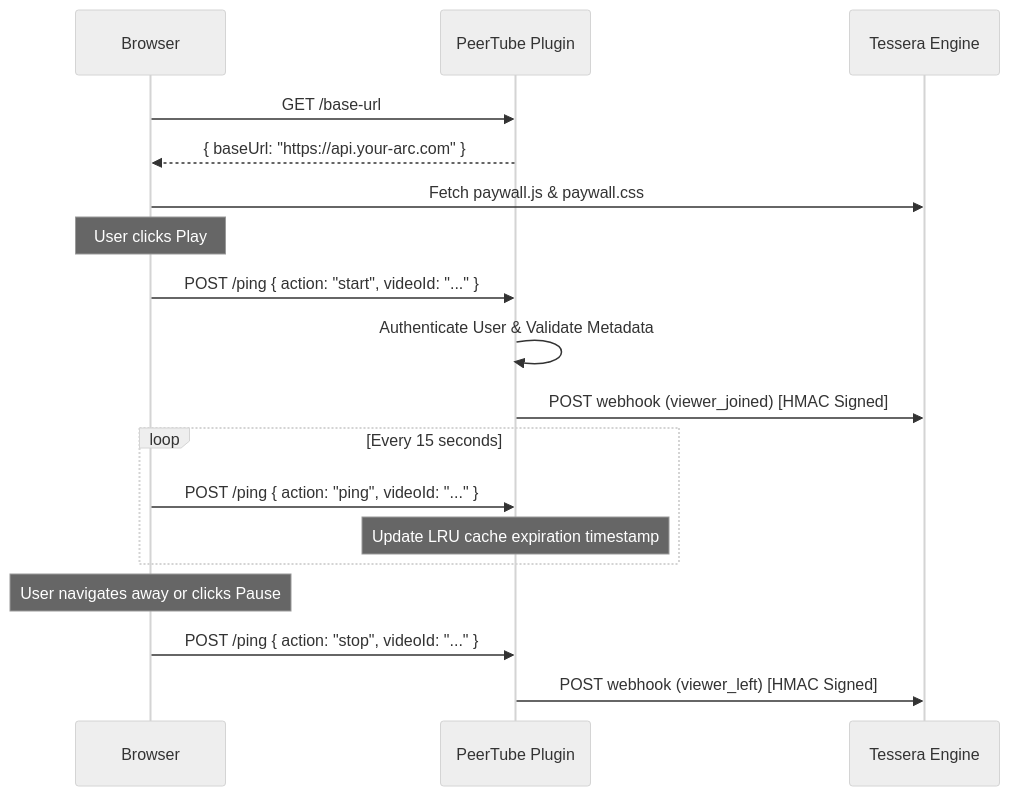
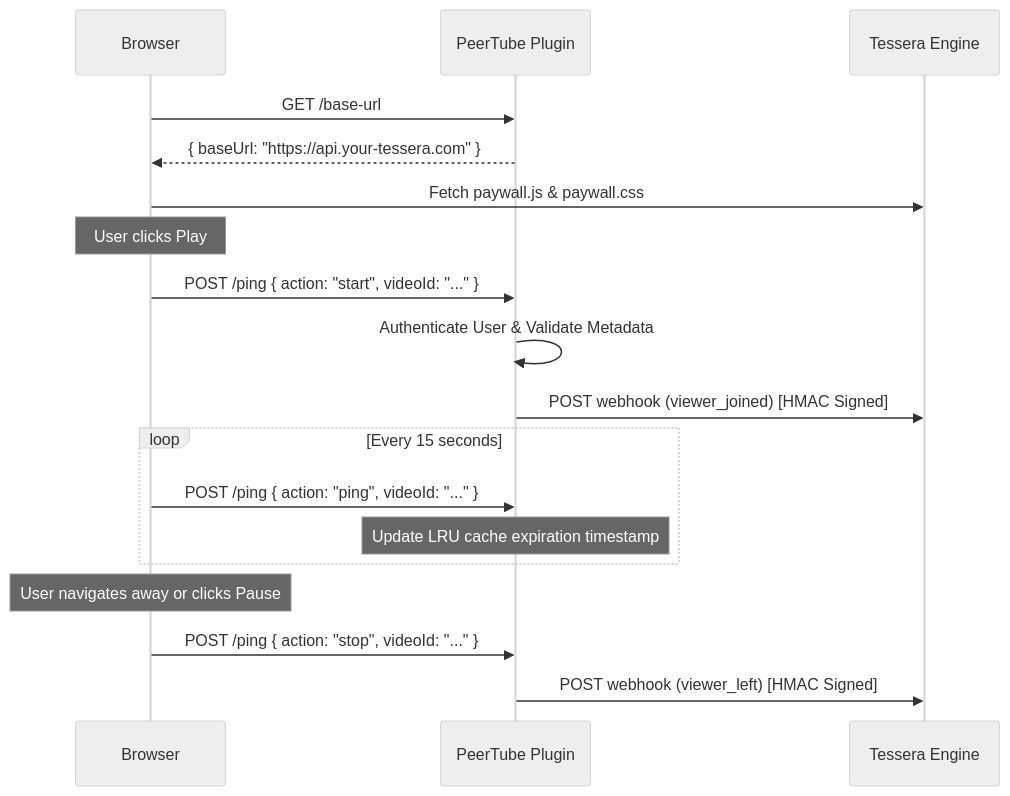
One commit to JaDi03/peertube-plugin-tessera changed the diagram in README.md. Above: the diagram before and after it, drawn with Mermaid (neutral theme). The commit also changed other lines of this file, not shown here.

````diff
--- a/README.md
+++ b/README.md
@@ -59,24 +64,24 @@
 ```mermaid
 sequenceDiagram
     participant Browser
     participant PluginServer as PeerTube Plugin
     participant TesseraEngine as Tessera Engine
     
     Browser->>PluginServer: GET /base-url
-    PluginServer-->>Browser: { baseUrl: "https://api.your-arc.com" }
+    PluginServer-->>Browser: { baseUrl: "https://api.your-tessera.com" }
     Browser->>TesseraEngine: Fetch paywall.js & paywall.css
     
     Note over Browser: User clicks Play
     Browser->>PluginServer: POST /ping { action: "start", videoId: "..." }
     PluginServer->>PluginServer: Authenticate User & Validate Metadata
     PluginServer->>TesseraEngine: POST webhook (viewer_joined) [HMAC Signed]
     
     loop Every 15 seconds
         Browser->>PluginServer: POST /ping { action: "ping", videoId: "..." }
         Note over PluginServer: Update LRU cache expiration timestamp
     end
     
     Note over Browser: User navigates away or clicks Pause
     Browser->>PluginServer: POST /ping { action: "stop", videoId: "..." }
     PluginServer->>TesseraEngine: POST webhook (viewer_left) [HMAC Signed]
 ```
````
